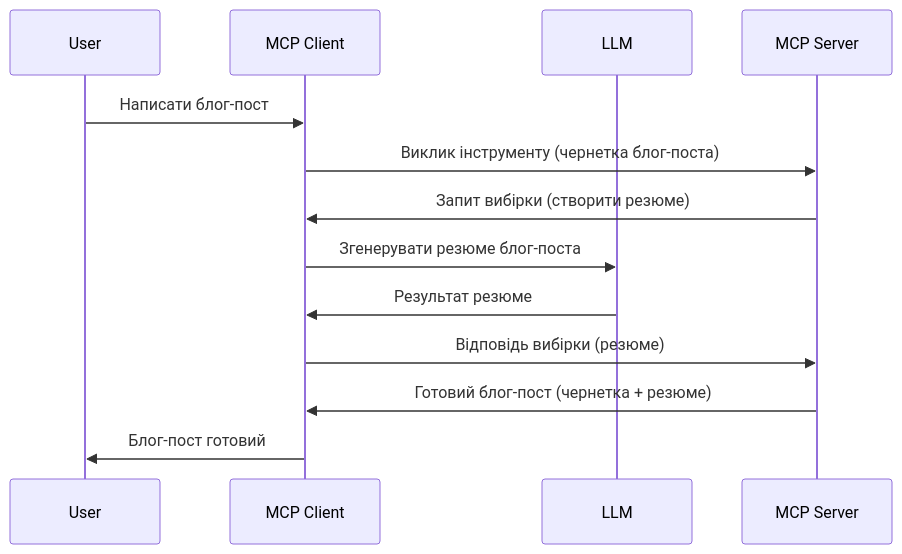
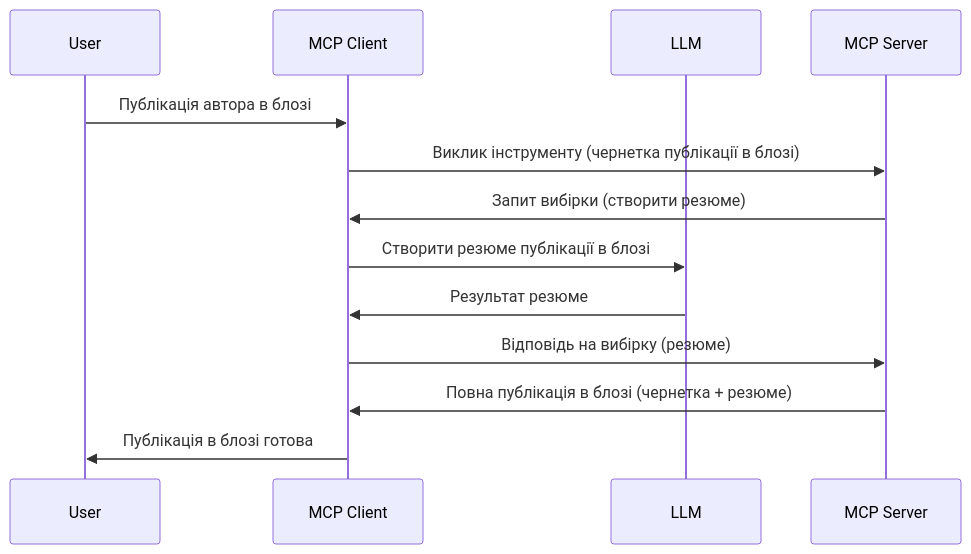
Before and after one commit to HIDORAKAI002/ai-workspace-archive: the diagram in mcp_ecosystem__model_context_protocol/mcp_learning_resources/mcp-for-beginners/translations/uk/03-GettingStarted/14-sampling/README.md, drawn with Mermaid. The commit also changed other lines of this file and 1046 other files, not shown here.

````diff
--- a/mcp_ecosystem__model_context_protocol/mcp_learning_resources/mcp-for-beginners/translations/uk/03-GettingStarted/14-sampling/README.md
+++ b/mcp_ecosystem__model_context_protocol/mcp_learning_resources/mcp-for-beginners/translations/uk/03-GettingStarted/14-sampling/README.md
@@ -23,16 +25,16 @@
 ```mermaid
 sequenceDiagram
     participant User
     participant MCP Client
     participant LLM
     participant MCP Server
 
-    User->>MCP Client: Написати блог-пост
-    MCP Client->>MCP Server: Виклик інструменту (чернетка блог-поста)
+    User->>MCP Client: Публікація автора в блозі
+    MCP Client->>MCP Server: Виклик інструменту (чернетка публікації в блозі)
     MCP Server->>MCP Client: Запит вибірки (створити резюме)
-    MCP Client->>LLM: Згенерувати резюме блог-поста
+    MCP Client->>LLM: Створити резюме публікації в блозі
     LLM->>MCP Client: Результат резюме
-    MCP Client->>MCP Server: Відповідь вибірки (резюме)
-    MCP Server->>MCP Client: Готовий блог-пост (чернетка + резюме)
-    MCP Client->>User: Блог-пост готовий
+    MCP Client->>MCP Server: Відповідь на вибірку (резюме)
+    MCP Server->>MCP Client: Повна публікація в блозі (чернетка + резюме)
+    MCP Client->>User: Публікація в блозі готова
 ```
````
